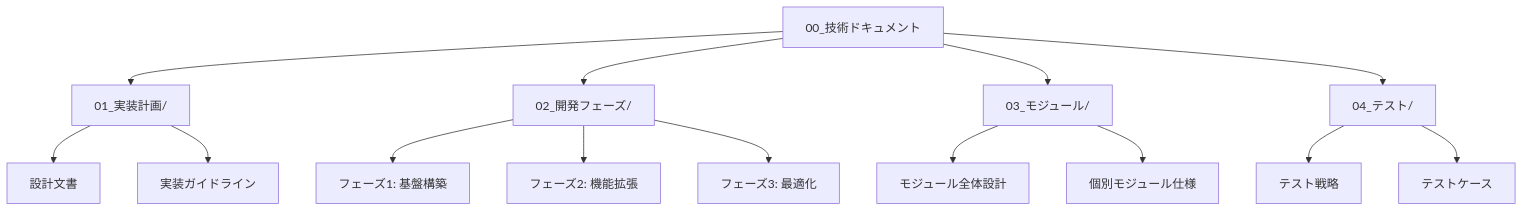
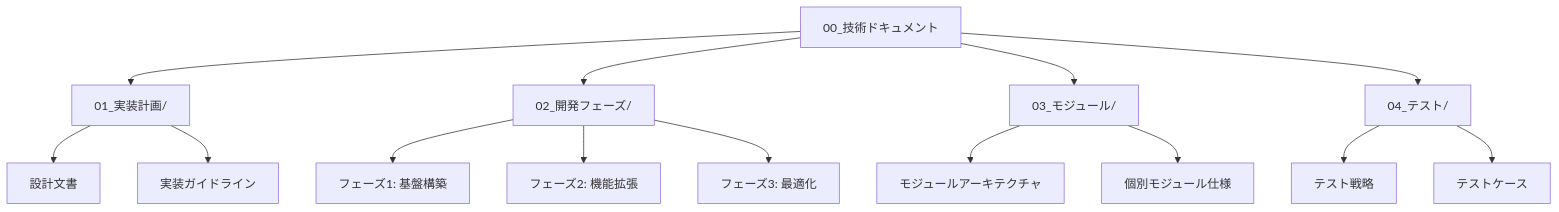
Before and after one commit to eda3/edv: the diagram in docs-ja/00_技術ドキュメント/README.md, drawn with Mermaid. The commit also changed other lines of this file and 23 other files, not shown here.

````diff
--- a/docs-ja/00_技術ドキュメント/README.md
+++ b/docs-ja/00_技術ドキュメント/README.md
@@ -7,20 +7,20 @@
 ```mermaid
 flowchart TD
     Root["00_技術ドキュメント"] --> Implementation["01_実装計画/"]
     Root --> Phases["02_開発フェーズ/"]
     Root --> Modules["03_モジュール/"]
     Root --> Testing["04_テスト/"]
     
     Implementation --> Design["設計文書"]
     Implementation --> Guide["実装ガイドライン"]
     
     Phases --> Phase1["フェーズ1: 基盤構築"]
     Phases --> Phase2["フェーズ2: 機能拡張"]
     Phases --> Phase3["フェーズ3: 最適化"]
     
-    Modules --> Architecture["モジュール全体設計"]
+    Modules --> Architecture["モジュールアーキテクチャ"]
     Modules --> ModuleSpecs["個別モジュール仕様"]
     
     Testing --> Strategy["テスト戦略"]
     Testing --> Cases["テストケース"]
 ```
````
